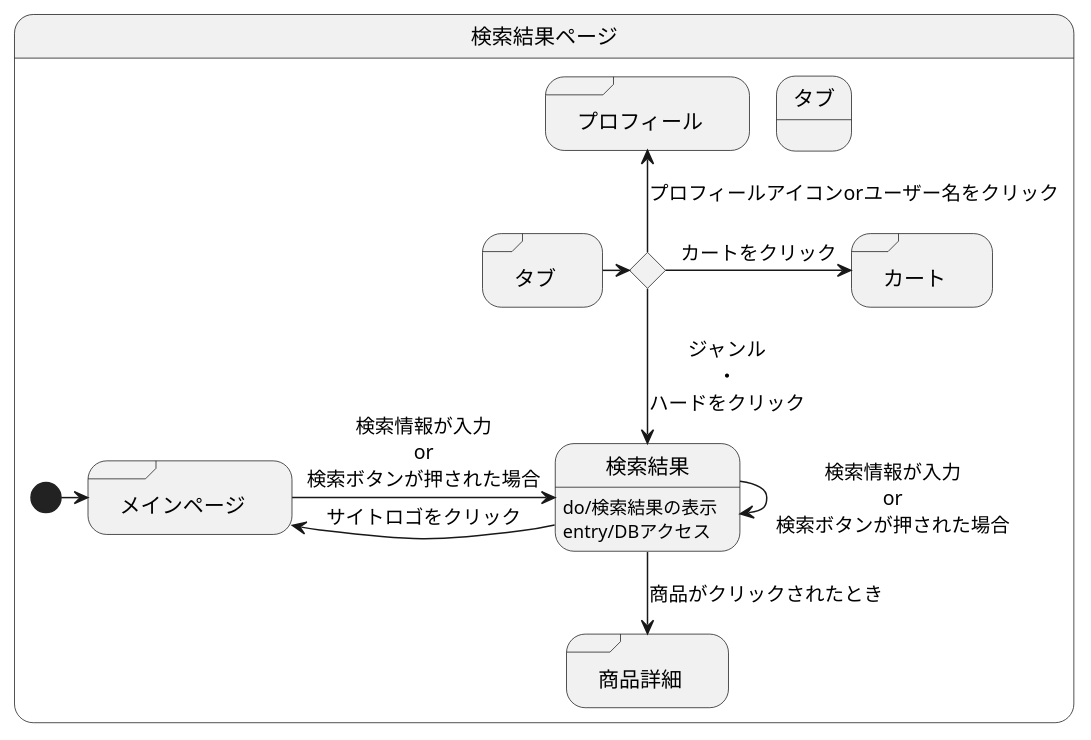
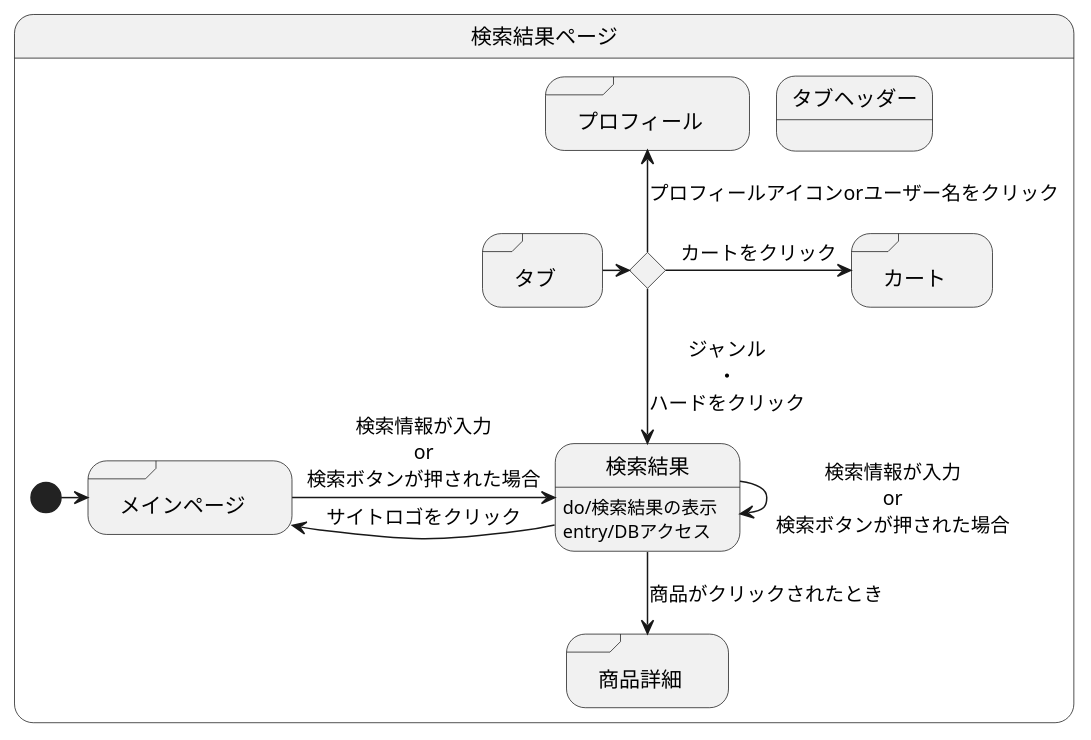
One commit to akutori/T-D-E changed the diagram in 検索結果.md. Above: the diagram before and after it, drawn with PlantUML.

Commit message:
追記

````diff
--- a/検索結果.md
+++ b/検索結果.md
@@ -1,30 +1,30 @@
 ```uml
 @startuml
 state 検索結果ページ{
 
     state ifinput <<choice>>
     state 検索結果:do/検索結果の表示
     state 検索結果:entry/DBアクセス
     state "商品詳細" as goodsdetail <<sdlreceive>>
     state "メインページ" as mainpage <<sdlreceive>>
     state "タブ" as tab <<sdlreceive>>
     state "カート" as cart <<sdlreceive>>
     state "プロフィール" as profile <<sdlreceive>>
 
     [*] -> mainpage
     mainpage -> 検索結果 :検索情報が入力\nor\n検索ボタンが押された場合
     検索結果 --> goodsdetail :商品がクリックされたとき
     検索結果 --> 検索結果 :検索情報が入力\nor\n検索ボタンが押された場合
     検索結果 -left-> mainpage :サイトロゴをクリック
 
-    state タブ{
+    state タブヘッダー{
         tab -> ifinput 
         ifinput --> 検索結果 :ジャンル\n・\nハードをクリック
         ifinput -> cart :カートをクリック
         ifinput -up-> profile :プロフィールアイコンorユーザー名をクリック
     }
 
 }
 
 @enduml
 ```
````
